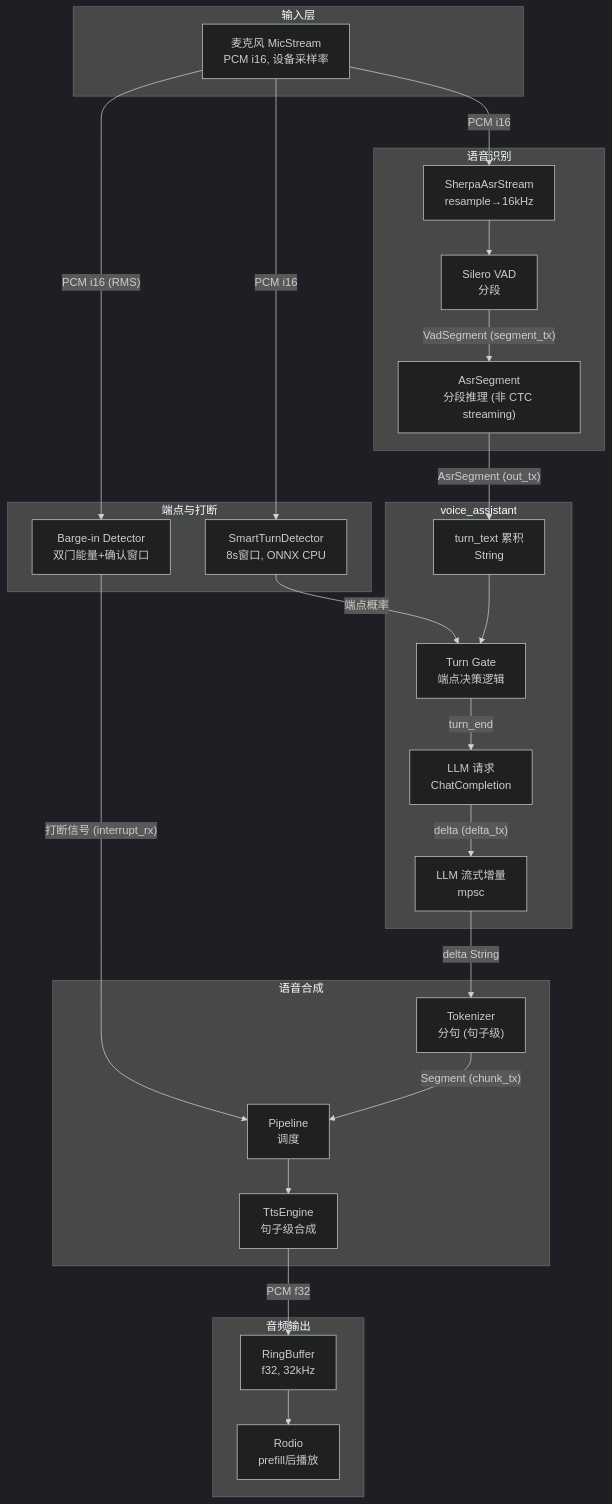
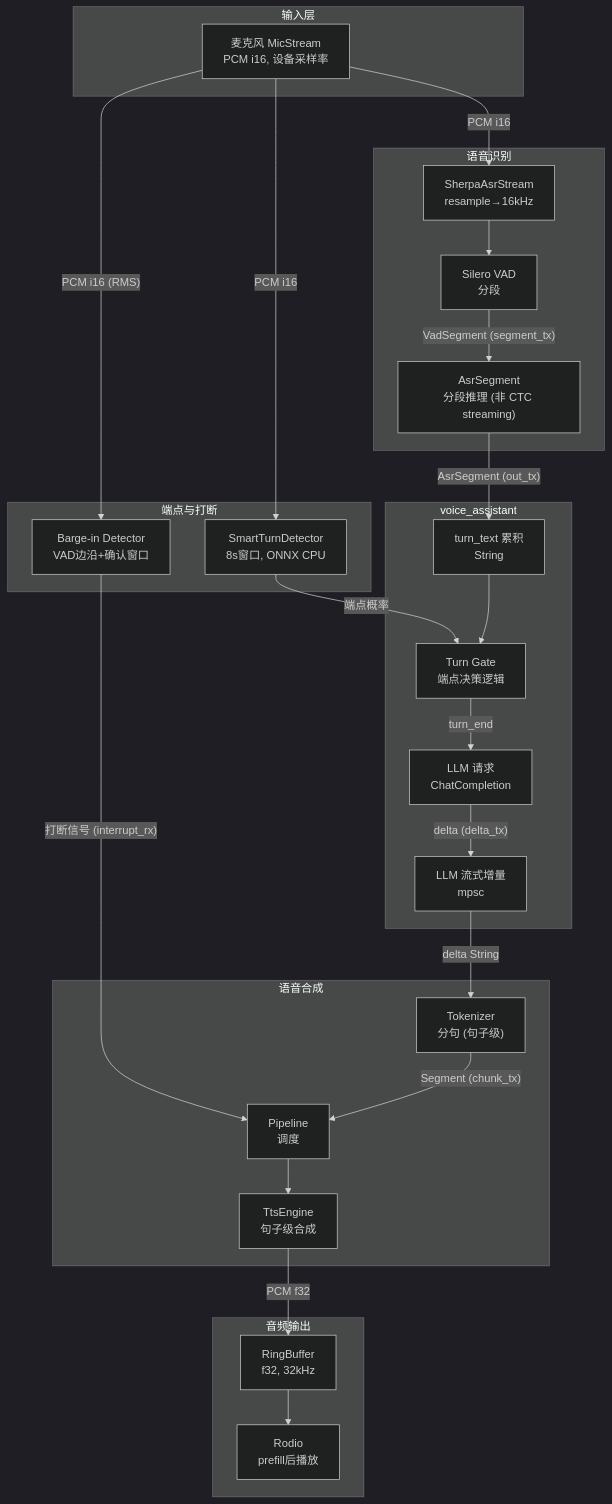
One commit to sanshanya/rcat-voice changed the second of 4 diagrams in docs/ARCHITECTURE.md. Above: the diagram before and after it, drawn with Mermaid (dark theme). The commit also changed 3 other files, not shown here.

````diff
--- a/docs/ARCHITECTURE.md
+++ b/docs/ARCHITECTURE.md
@@ -163,56 +163,56 @@
 ```mermaid
 flowchart TB
     subgraph Input["输入层"]
         MIC["麦克风 MicStream<br/>PCM i16, 设备采样率"]
     end
 
     subgraph ASR["语音识别"]
         SHERPA["SherpaAsrStream<br/>resample→16kHz"]
         VAD["Silero VAD<br/>分段"]
         ASR_SEG["AsrSegment<br/>分段推理 (非 CTC streaming)"]
     end
 
     subgraph Turn["端点与打断"]
         SMART["SmartTurnDetector<br/>8s窗口, ONNX CPU"]
-        BARGE_DET["Barge-in Detector<br/>双门能量+确认窗口"]
+        BARGE_DET["Barge-in Detector<br/>VAD边沿+确认窗口"]
     end
 
     subgraph VoiceAssistant["voice_assistant"]
         TURN_TEXT["turn_text 累积<br/>String"]
         TURN_GATE["Turn Gate<br/>端点决策逻辑"]
         LLM_REQ["LLM 请求<br/>ChatCompletion"]
         LLM_DELTA["LLM 流式增量<br/>mpsc<String>"]
     end
 
     subgraph TTS["语音合成"]
         TOKENIZER["Tokenizer<br/>分句 (句子级)"]
         PIPELINE["Pipeline<br/>调度"]
         ENGINE["TtsEngine<br/>句子级合成"]
     end
 
     subgraph Audio["音频输出"]
         RING["RingBuffer<br/>f32, 32kHz"]
         RODIO["Rodio<br/>prefill后播放"]
     end
 
     MIC -->|"PCM i16"| SHERPA
     MIC -->|"PCM i16"| SMART
     MIC -->|"PCM i16 (RMS)"| BARGE_DET
 
     SHERPA --> VAD
     VAD -->|"VadSegment (segment_tx)"| ASR_SEG
     ASR_SEG -->|"AsrSegment (out_tx)"| TURN_TEXT
 
     SMART -->|"端点概率"| TURN_GATE
     TURN_TEXT --> TURN_GATE
     TURN_GATE -->|"turn_end"| LLM_REQ
     LLM_REQ -->|"delta (delta_tx)"| LLM_DELTA
 
     BARGE_DET -->|"打断信号 (interrupt_rx)"| PIPELINE
 
     LLM_DELTA -->|"delta String"| TOKENIZER
     TOKENIZER -->|"Segment (chunk_tx)"| PIPELINE
     PIPELINE --> ENGINE
     ENGINE -->|"PCM f32"| RING
     RING --> RODIO
 ```
````
